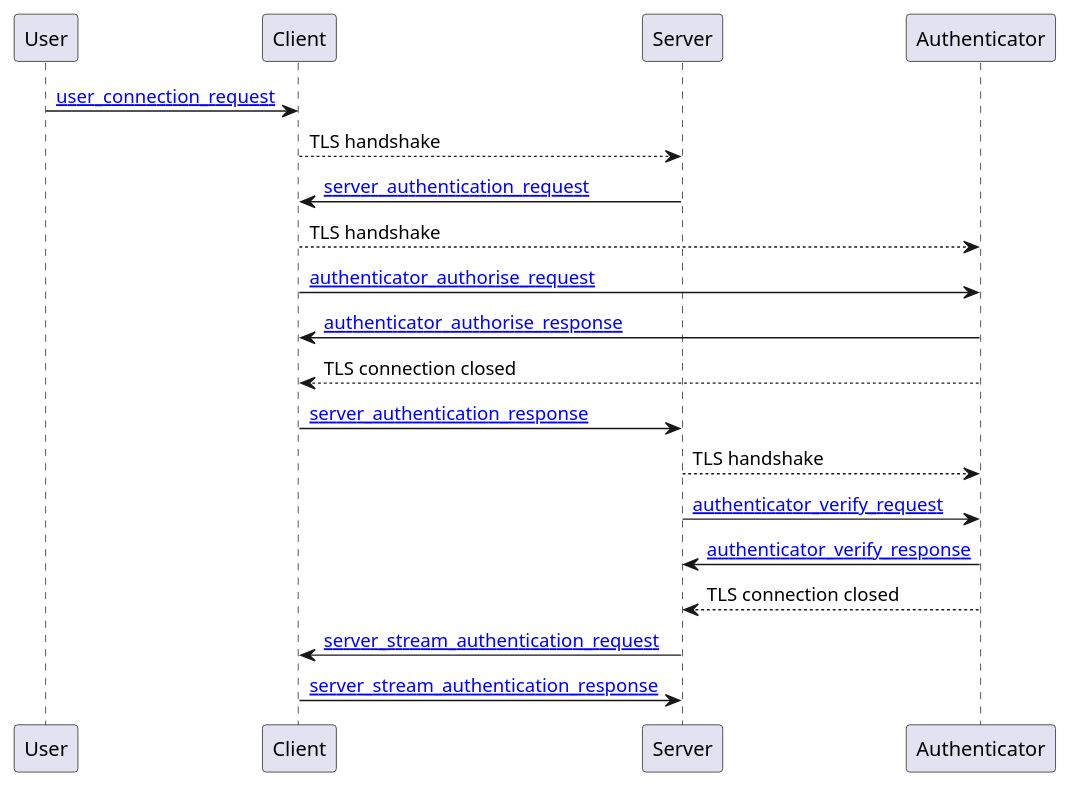
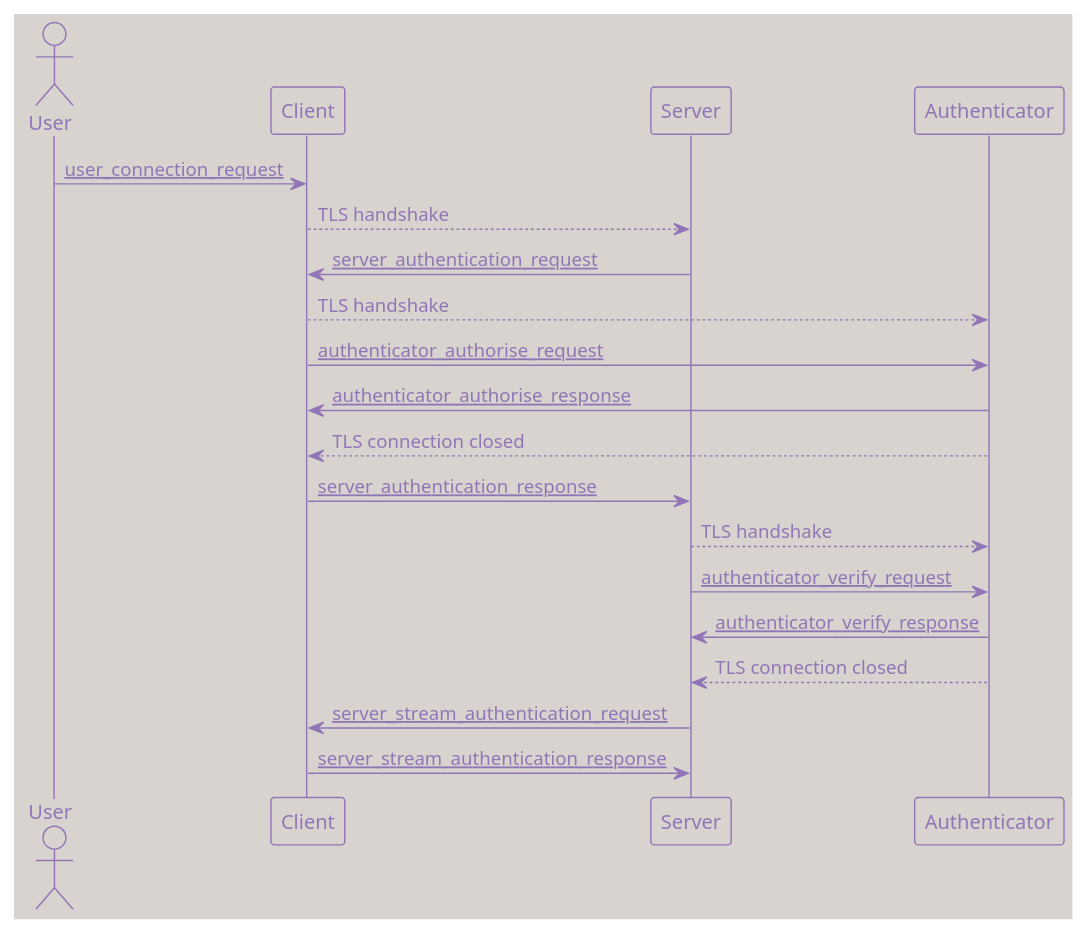
The second of 2 diagrams in docs/sequence.md (dgolbourn/eiko), drawn with PlantUML before and after one commit. The commit also changed other lines of this file, not shown here.

````diff
--- a/docs/sequence.md
+++ b/docs/sequence.md
@@ -20,18 +22,20 @@
 ```{plantuml}
     @startuml
+    !theme mimeograph
+    actor User
     User -> Client : [[https://github.com/dgolbourn/eiko/blob/main/res/schemas/user_connection_request.json user_connection_request]]
     Client --> Server : TLS handshake
     Server -> Client : [[https://github.com/dgolbourn/eiko/blob/main/res/schemas/server_authentication_request.json server_authentication_request]]
     Client --> Authenticator : TLS handshake
     Client -> Authenticator : [[https://github.com/dgolbourn/eiko/blob/main/res/schemas/authenticator_authorise_request.json authenticator_authorise_request]]
     Authenticator -> Client : [[https://github.com/dgolbourn/eiko/blob/main/res/schemas/authenticator_authorise_response.json authenticator_authorise_response]]
     Client <-- Authenticator : TLS connection closed
     Client -> Server : [[https://github.com/dgolbourn/eiko/blob/main/res/schemas/server_authentication_response.json server_authentication_response]]
-    Server --> Authenticator : TLS handshake  
+    Server --> Authenticator : TLS handshake
     Server -> Authenticator : [[https://github.com/dgolbourn/eiko/blob/main/res/schemas/authenticator_verify_request.json authenticator_verify_request]]
-    Authenticator -> Server : [[https://github.com/dgolbourn/eiko/blob/main/res/schemas/authenticator_verify_response.json authenticator_verify_response]]    
+    Authenticator -> Server : [[https://github.com/dgolbourn/eiko/blob/main/res/schemas/authenticator_verify_response.json authenticator_verify_response]]
     Server <-- Authenticator : TLS connection closed
     Server -> Client : [[https://github.com/dgolbourn/eiko/blob/main/res/schemas/server_stream_authentication_request.json server_stream_authentication_request]]
     Client -> Server : [[https://github.com/dgolbourn/eiko/blob/main/res/schemas/server_stream_authentication_response.json server_stream_authentication_response]]
     @enduml
 ```
````
